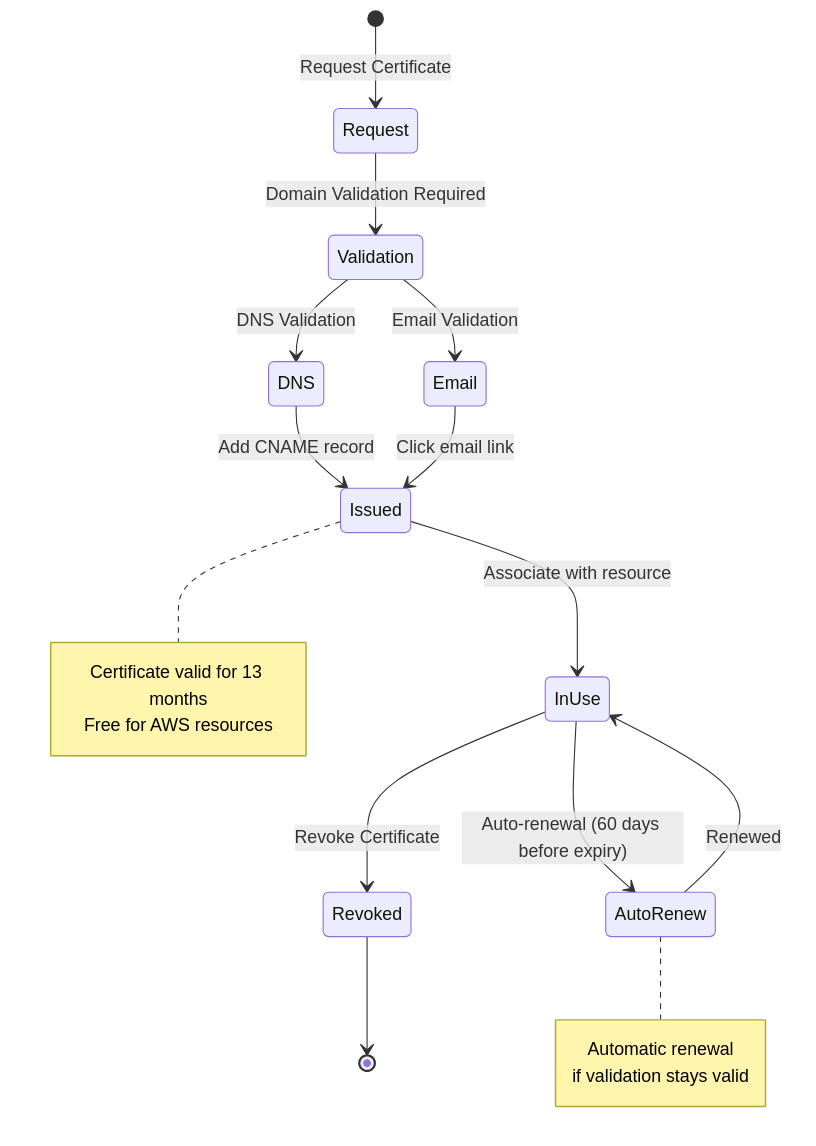
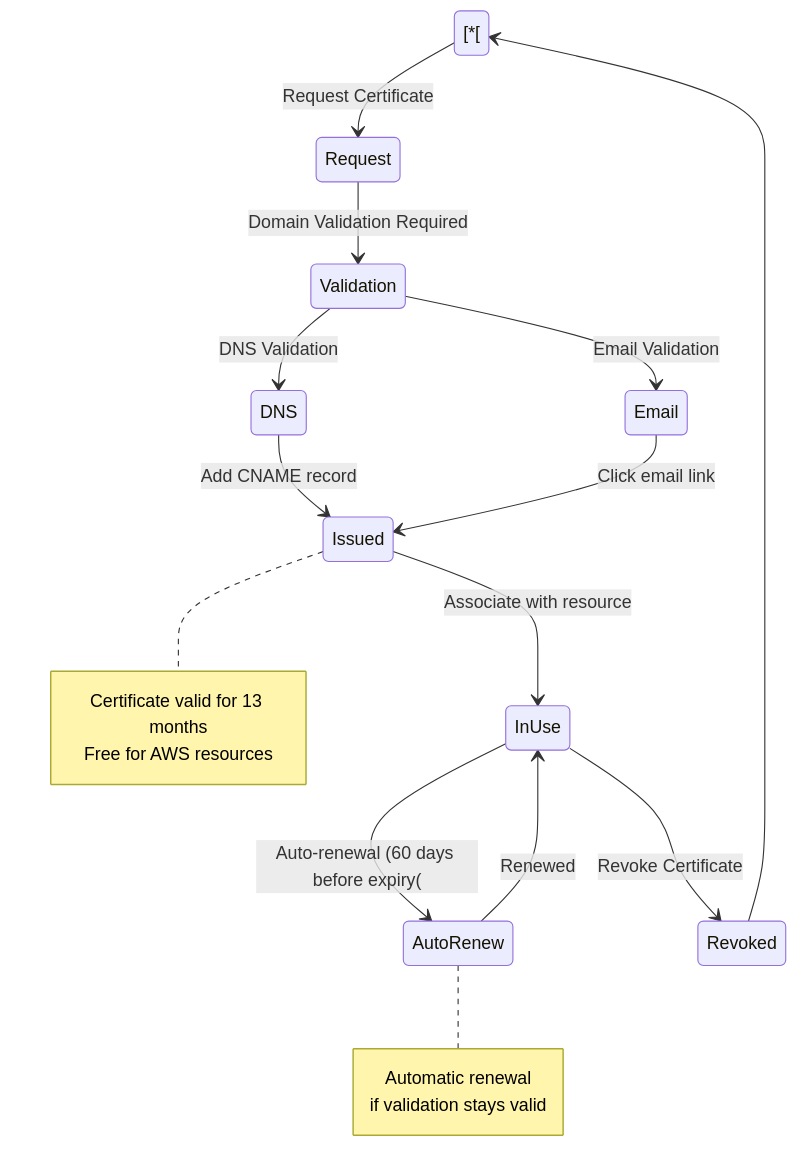
Diagram 12 of 15 in 07-Security/DIAGRAMS.md (gdochadipa/AWS-Certified-Solutions-Architect-Associate-SAA-C03), drawn with Mermaid before and after one commit. The commit also changed other lines of this file, not shown here.

First line of the commit message:
Revert "fix scurity diagrams"

````diff
--- a/07-Security/DIAGRAMS.md
+++ b/07-Security/DIAGRAMS.md
@@ -498,28 +500,28 @@
 ```mermaid
 stateDiagram-v2
-    [*] --> Request: Request Certificate
+    [*[ --> Request: Request Certificate
     Request --> Validation: Domain Validation Required
     
     Validation --> DNS: DNS Validation
     Validation --> Email: Email Validation
     
     DNS --> Issued: Add CNAME record
     Email --> Issued: Click email link
     
     Issued --> InUse: Associate with resource
-    InUse --> AutoRenew: Auto-renewal (60 days before expiry)
+    InUse --> AutoRenew: Auto-renewal (60 days before expiry(
     AutoRenew --> InUse: Renewed
     
     InUse --> Revoked: Revoke Certificate
-    Revoked --> [*]
+    Revoked --> [*[
     
     note right of Issued
         Certificate valid for 13 months
         Free for AWS resources
     end note
     
     note right of AutoRenew
         Automatic renewal
         if validation stays valid
     end note
 ```
````
